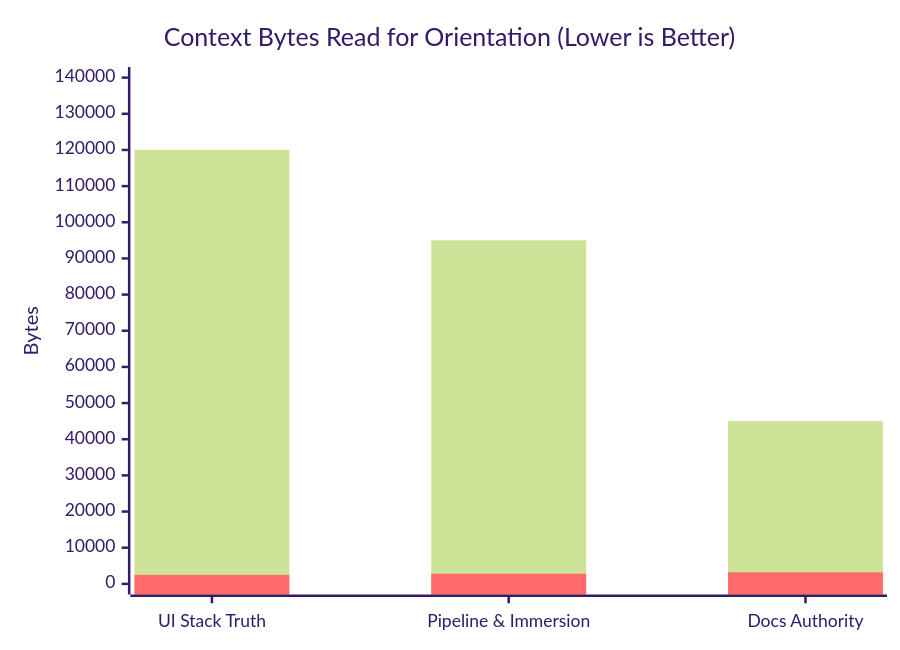
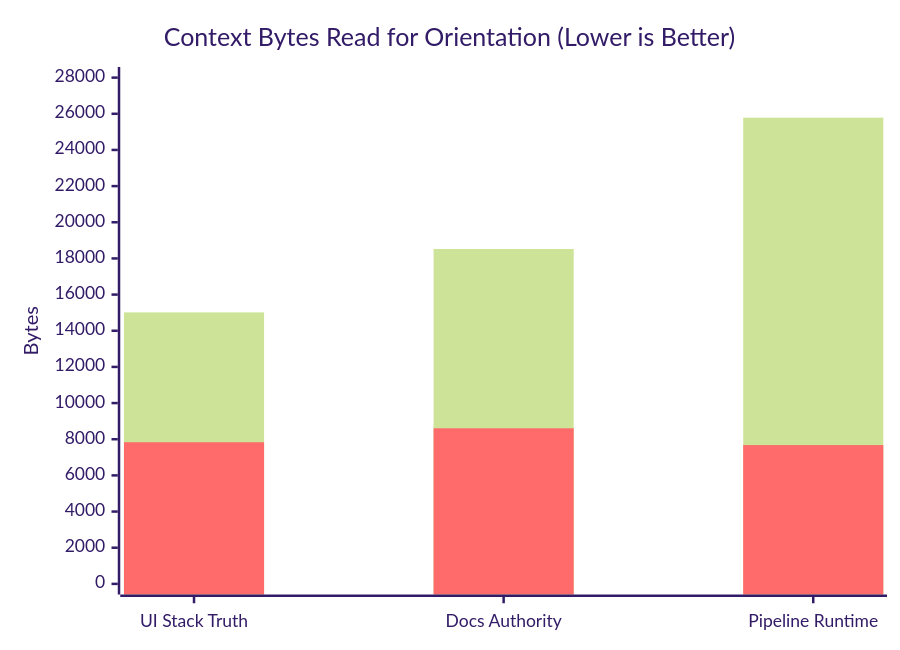
Before and after one commit to learn-ukrainian/learn-ukrainian.github.io: the diagram in openwiki/pilot-recommendation.md, drawn with Mermaid (forest theme). The commit also changed other lines of this file and 10 other files, not shown here.

````diff
--- a/openwiki/pilot-recommendation.md
+++ b/openwiki/pilot-recommendation.md
@@ -44,8 +55,8 @@
 ```mermaid
 xychart-beta
     title "Context Bytes Read for Orientation (Lower is Better)"
-    x-axis ["UI Stack Truth", "Pipeline & Immersion", "Docs Authority"]
-    y-axis "Bytes" 0 --> 140000
-    bar [120000, 95000, 45000]
-    bar [2500, 2800, 3200]
+    x-axis ["UI Stack Truth", "Docs Authority", "Pipeline Runtime"]
+    y-axis "Bytes" 0 --> 28000
+    bar [15016, 18522, 25786]
+    bar [7835, 8605, 7677]
 ```
````
